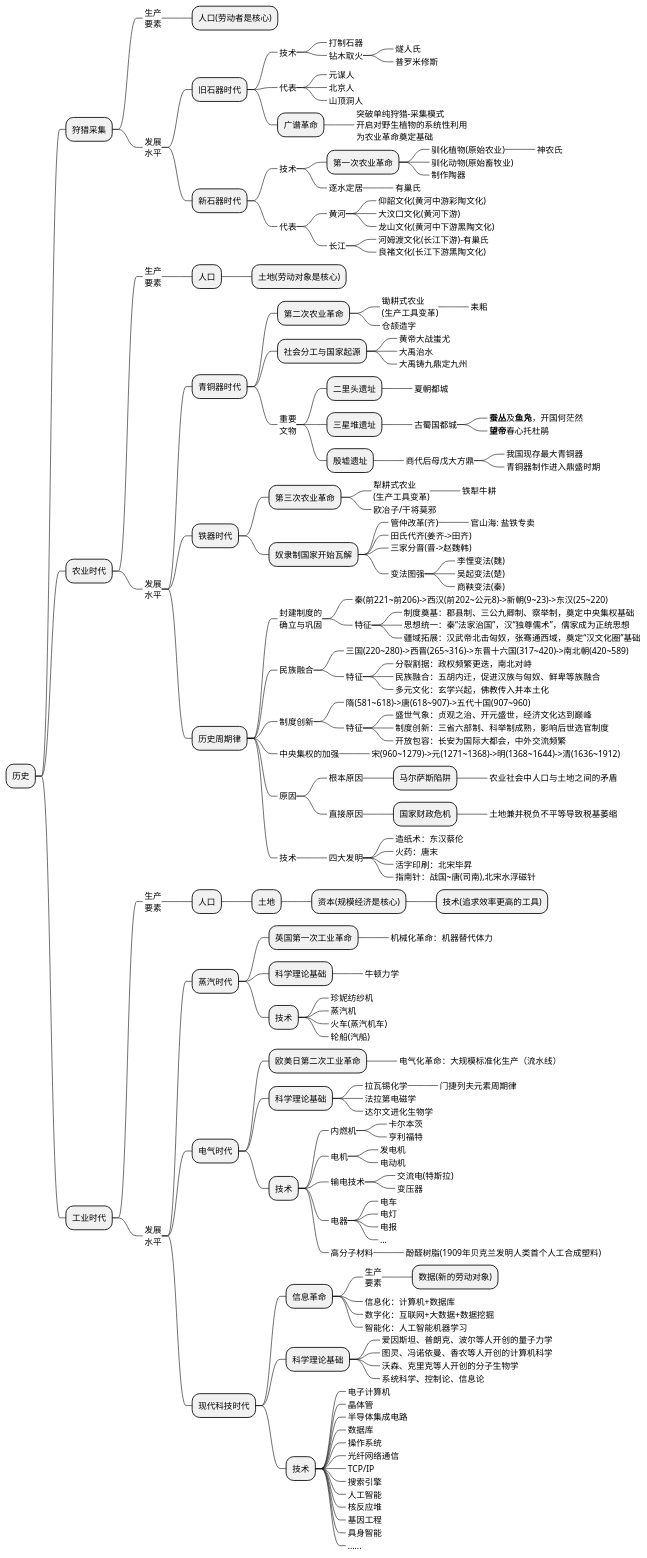
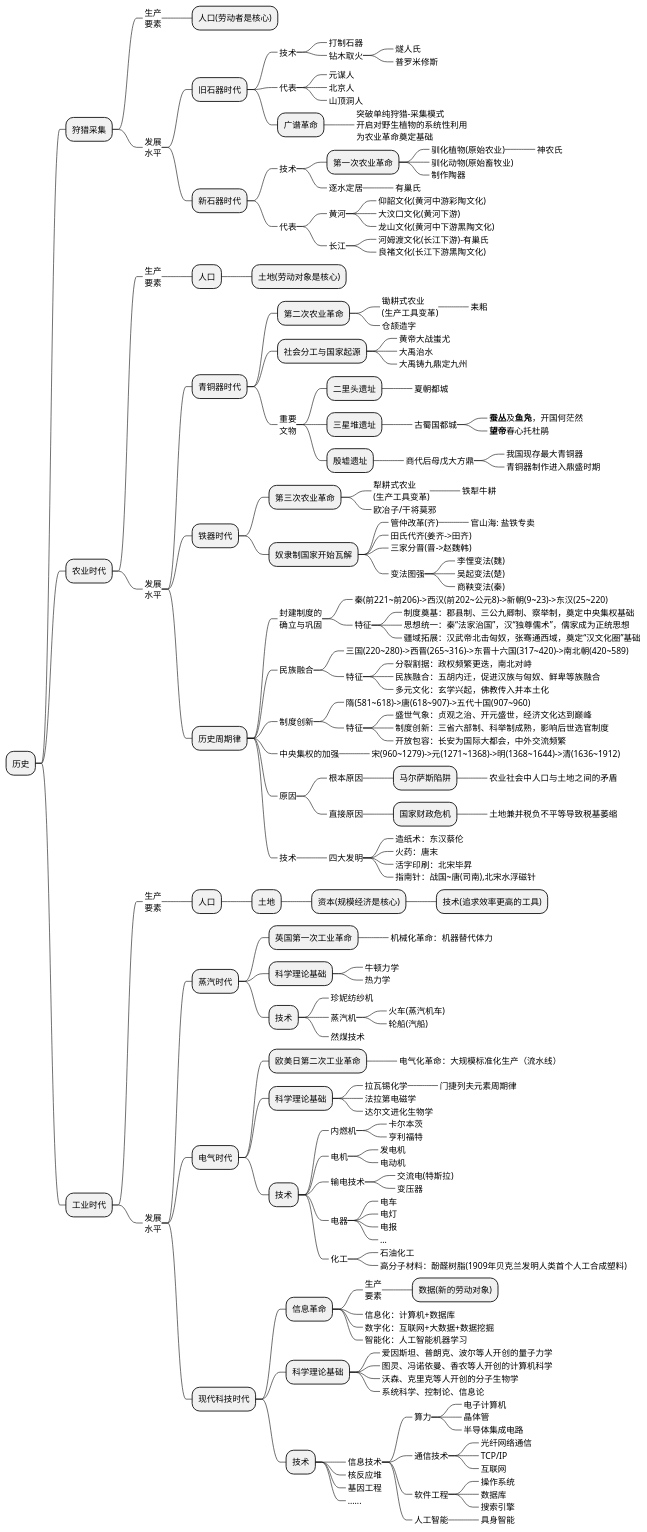
Before and after one commit to holmofy/blog.hufeifei.cn: the first of 2 diagrams in source/_posts/economic/economic_and_history.md, drawn with PlantUML.

````diff
--- a/source/_posts/economic/economic_and_history.md
+++ b/source/_posts/economic/economic_and_history.md
@@ -138,11 +138,13 @@
 ++++++_ 机械化革命：机器替代体力
 +++++ 科学理论基础
 ++++++_ 牛顿力学
+++++++_ 热力学
 +++++ 技术
 ++++++_ 珍妮纺纱机
 ++++++_ 蒸汽机
-++++++_ 火车(蒸汽机车)
-++++++_ 轮船(汽船)
++++++++_ 火车(蒸汽机车)
++++++++_ 轮船(汽船)
+++++++_ 然煤技术
 ++++ 电气时代
 +++++ 欧美日第二次工业革命
 ++++++_ 电气化革命：大规模标准化生产（流水线）
@@ -166,8 +168,9 @@
 +++++++_ 电灯
 +++++++_ 电报
 +++++++_ ...
-++++++_ 高分子材料
-+++++++_ 酚醛树脂(1909年贝克兰发明人类首个人工合成塑料)
+++++++_ 化工
++++++++_ 石油化工
++++++++_ 高分子材料：酚醛树脂(1909年贝克兰发明人类首个人工合成塑料)
 ++++ 现代科技时代
 +++++ 信息革命
 ++++++_ 生产\n要素
@@ -181,18 +184,23 @@
 ++++++_ 沃森、克里克等人开创的分子生物学
 ++++++_ 系统科学、控制论、信息论
 +++++ 技术
-++++++_ 电子计算机
-++++++_ 晶体管
-++++++_ 半导体集成电路
-++++++_ 数据库
-++++++_ 操作系统
-++++++_ 光纤网络通信
-++++++_ TCP/IP
-++++++_ 搜索引擎
-++++++_ 人工智能
+++++++_ 信息技术
++++++++_ 算力
+++++++++_ 电子计算机
+++++++++_ 晶体管
+++++++++_ 半导体集成电路
++++++++_ 通信技术
+++++++++_ 光纤网络通信
+++++++++_ TCP/IP
+++++++++_ 互联网
++++++++_ 软件工程
+++++++++_ 操作系统
+++++++++_ 数据库
+++++++++_ 搜索引擎
++++++++_ 人工智能
+++++++++_ 具身智能
 ++++++_ 核反应堆
 ++++++_ 基因工程
-++++++_ 具身智能
 ++++++_ ......
 @endmindmap
 ```
````
